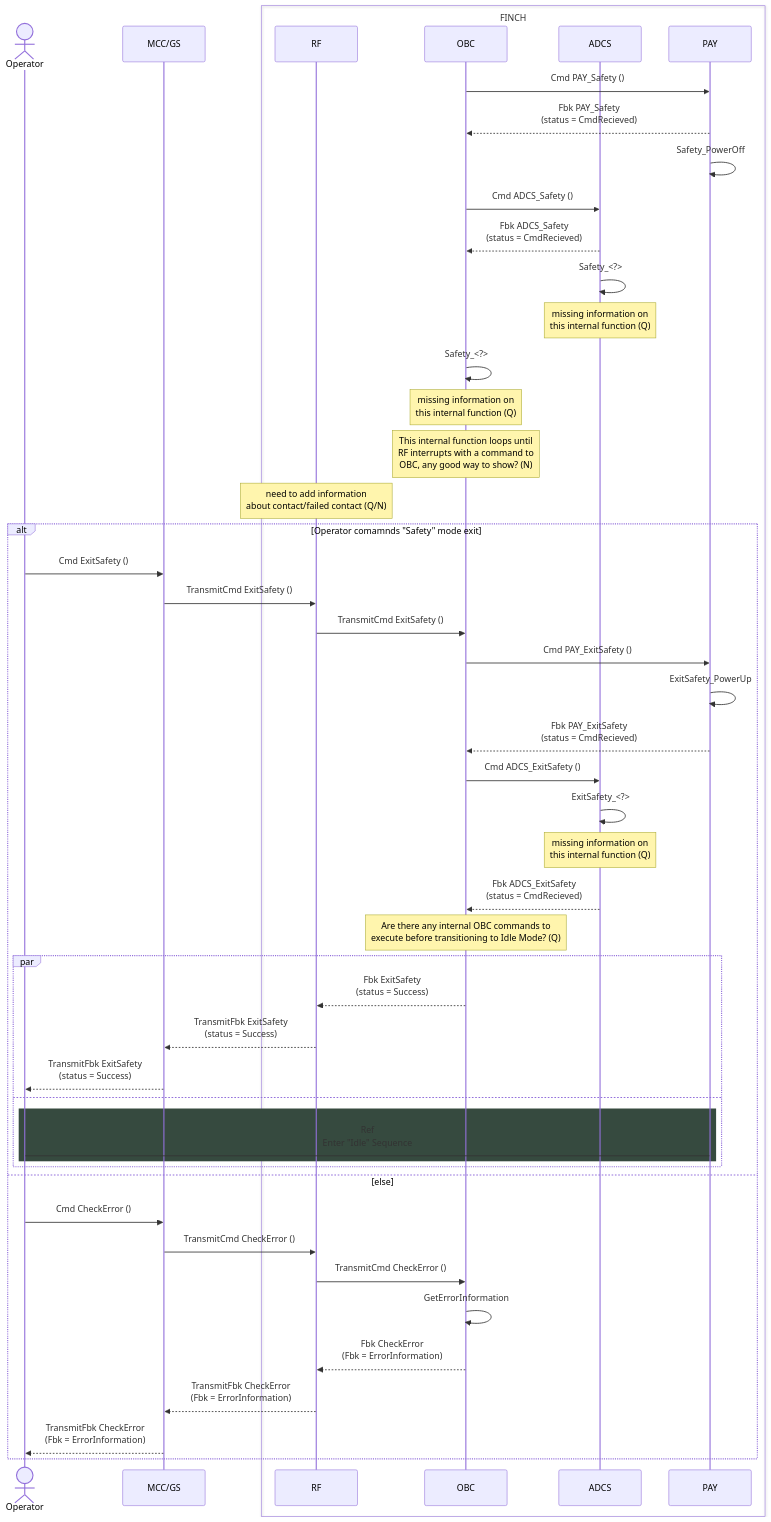
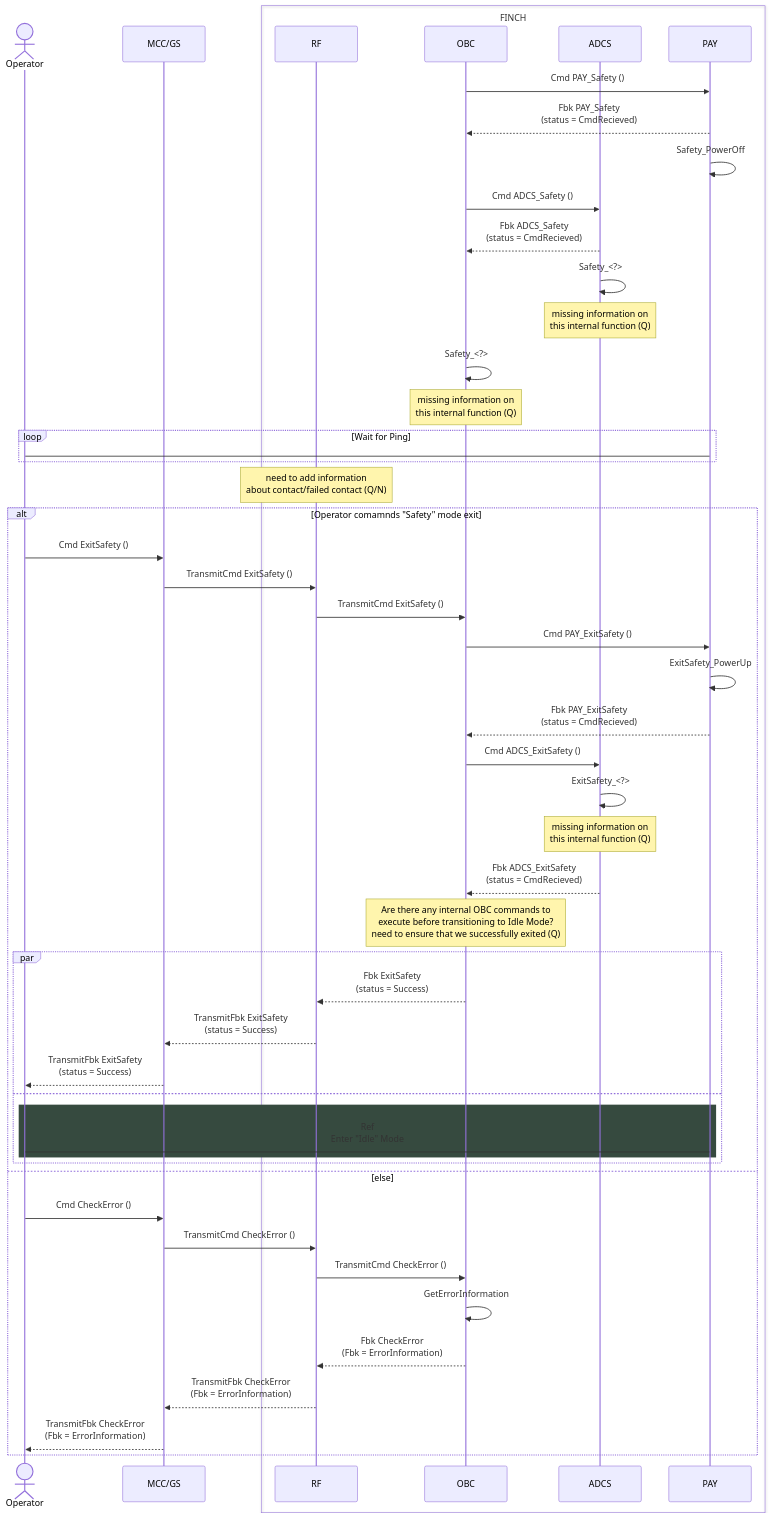
One commit to Addy-lit/FINCH-system-architecture changed the diagram in command sequences/safety-command.md. Above: the diagram before and after it, drawn with Mermaid.

````diff
--- a/command sequences/safety-command.md
+++ b/command sequences/safety-command.md
@@ -2,61 +2,64 @@
 ```mermaid
 sequenceDiagram
     Actor Operator
     participant MCC/GS
     box FINCH
 	participant RF
     	participant OBC
     	participant ADCS
     	participant PAY
 	end
 
     OBC ->> PAY: Cmd PAY_Safety ()
     PAY -->> OBC: Fbk PAY_Safety <br> (status = CmdRecieved)
     PAY ->> PAY: Safety_PowerOff
   
     OBC ->> ADCS: Cmd ADCS_Safety ()
     ADCS -->> OBC: Fbk ADCS_Safety <br> (status = CmdRecieved)
     ADCS ->> ADCS: Safety_<?>
     note over ADCS: missing information on <br> this internal function (Q)
 
 
     OBC ->> OBC: Safety_<?>
     note over OBC: missing information on <br> this internal function (Q)
-    note over OBC: This internal function loops until <br> RF interrupts with a command to <br> OBC, any good way to show? (N)
+
+    loop Wait for Ping
+        Operator -> PAY: 
+    end
 	
 	note over RF: need to add information <br> about contact/failed contact (Q/N)
 	alt Operator comamnds "Safety" mode exit
-        Operator ->> MCC/GS: Cmd ExitSafety ()
+	Operator ->> MCC/GS: Cmd ExitSafety ()
 	MCC/GS ->> RF: TransmitCmd ExitSafety ()
 	RF ->> OBC: TransmitCmd ExitSafety ()
 
         OBC ->> PAY: Cmd PAY_ExitSafety ()
         PAY ->> PAY: ExitSafety_PowerUp
         PAY -->> OBC: Fbk PAY_ExitSafety <br> (status = CmdRecieved)
   
         OBC ->> ADCS: Cmd ADCS_ExitSafety ()
         ADCS ->> ADCS: ExitSafety_<?>
         note over ADCS: missing information on <br> this internal function (Q)
         ADCS -->> OBC: Fbk ADCS_ExitSafety <br> (status = CmdRecieved)
 
-		note over OBC: Are there any internal OBC commands to <br> execute before transitioning to Idle Mode? (Q)
+		note over OBC: Are there any internal OBC commands to <br> execute before transitioning to Idle Mode? <br> need to ensure that we successfully exited (Q)
 
 		par
 			OBC -->> RF: Fbk ExitSafety <br> (status = Success)
 			RF -->> MCC/GS: TransmitFbk ExitSafety <br> (status = Success)
 			MCC/GS -->> Operator: TransmitFbk ExitSafety <br> (status = Success)
 		and
 			rect rgb(54,74,63)
-				Operator -> PAY: Ref <br/> Enter "Idle" Sequence
+				Operator -> PAY: Ref <br/> Enter "Idle" Mode
 			end
 		end
 	else else
 		Operator ->> MCC/GS: Cmd CheckError ()
 		MCC/GS ->> RF: TransmitCmd CheckError ()
 		RF ->> OBC: TransmitCmd CheckError ()
 		OBC ->> OBC: GetErrorInformation
 		OBC -->> RF: Fbk CheckError <br> (Fbk = ErrorInformation)
 		RF -->> MCC/GS: TransmitFbk CheckError <br> (Fbk = ErrorInformation)
 		MCC/GS -->> Operator: TransmitFbk CheckError <br> (Fbk = ErrorInformation)
 	end
 ```
````
